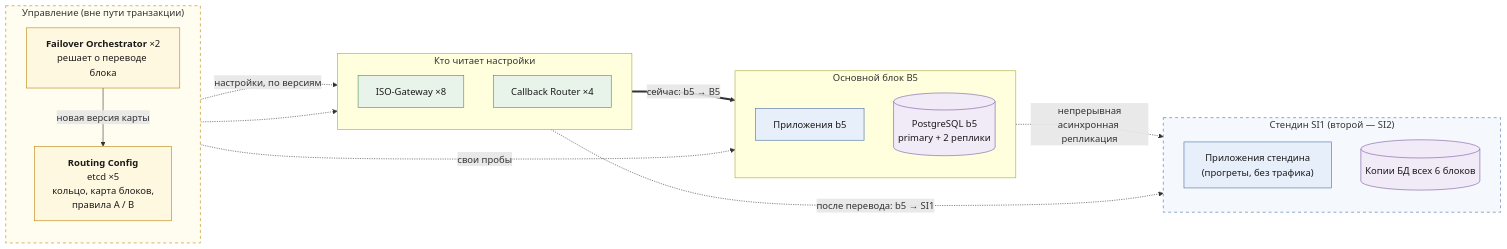
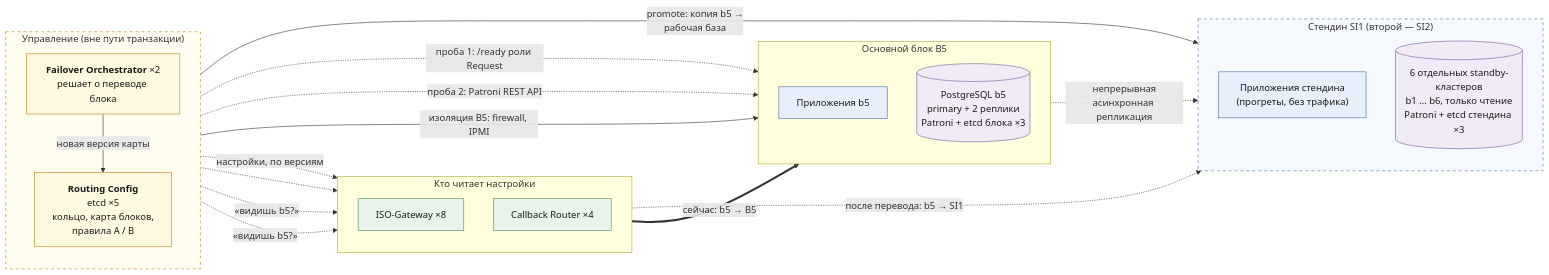
The diagram in docs/design/diagrams/control-plane-standin.mmd (xrudenkov/L2), drawn with Mermaid before and after one commit. The commit also changed 20 other files, not shown here.

```diff
--- a/docs/design/diagrams/control-plane-standin.mmd
+++ b/docs/design/diagrams/control-plane-standin.mmd
@@ -1,48 +1,53 @@
 %% Управление и стендины. Только Mermaid.
 flowchart LR
     subgraph CTL["Управление (вне пути транзакции)"]
         direction TB
         RC["<b>Routing Config</b><br/>etcd ×5<br/>кольцо, карта блоков,<br/>правила A / B"]
         FO["<b>Failover Orchestrator</b> ×2<br/>решает о переводе блока"]
     end
 
     subgraph DP["Кто читает настройки"]
         direction TB
         GW["ISO-Gateway ×8"]
         CR["Callback Router ×4"]
     end
 
     subgraph MAIN["Основной блок B5"]
         direction TB
         APP5["Приложения b5"]
-        PG5[("PostgreSQL b5<br/>primary + 2 реплики")]
+        PG5[("PostgreSQL b5<br/>primary + 2 реплики<br/>Patroni + etcd блока ×3")]
     end
 
     subgraph SI["Стендин SI1 (второй — SI2)"]
         direction TB
         APPSI["Приложения стендина<br/>(прогреты, без трафика)"]
-        PGSI[("Копии БД всех 6 блоков")]
+        PGSI[("6 отдельных standby-кластеров<br/>b1 … b6, только чтение<br/>Patroni + etcd стендина ×3")]
     end
 
     RC -.->|"настройки, по версиям"| GW
     RC -.-> CR
     GW ==>|"сейчас: b5 → B5"| APP5
     GW -.->|"после перевода: b5 → SI1"| APPSI
     PG5 -.->|"непрерывная<br/>асинхронная репликация"| PGSI
-    FO -.->|"свои пробы"| APP5
+    FO -.->|"проба 1: /ready роли Request"| APP5
+    FO -.->|"проба 2: Patroni REST API"| PG5
+    FO -.->|"«видишь b5?»"| GW
+    FO -.->|"«видишь b5?»"| CR
+    FO -->|"изоляция B5: firewall, IPMI"| MAIN
+    FO -->|"promote: копия b5 →<br/>рабочая база"| PGSI
     FO -->|"новая версия карты"| RC
 
     classDef pos fill:#eef2f7,stroke:#5b6b7f,color:#1a1a1a
     classDef edge fill:#e8f4ea,stroke:#4f8a5b,color:#1a1a1a
-    classDef cell fill:#e7effa,stroke:#4a6fa5,color:#1a1a1a
+    classDef blk fill:#e7effa,stroke:#4a6fa5,color:#1a1a1a
     classDef db fill:#f1eaf7,stroke:#7c5aa0,color:#1a1a1a
     classDef hsm fill:#fbe9e7,stroke:#b0524b,color:#1a1a1a
     classDef obs fill:#fff3dc,stroke:#b8860b,color:#1a1a1a
     classDef proc fill:#eeeeee,stroke:#555555,color:#1a1a1a
     classDef ctl fill:#fff8e1,stroke:#b8860b,color:#1a1a1a
     class RC,FO ctl
     class GW,CR edge
-    class APP5,APPSI cell
+    class APP5,APPSI blk
     class PG5,PGSI db
     style CTL fill:#fffcf0,stroke:#b8860b,stroke-dasharray:5 5
     style SI fill:#f5f8fd,stroke:#4a6fa5,stroke-dasharray:5 5
```
